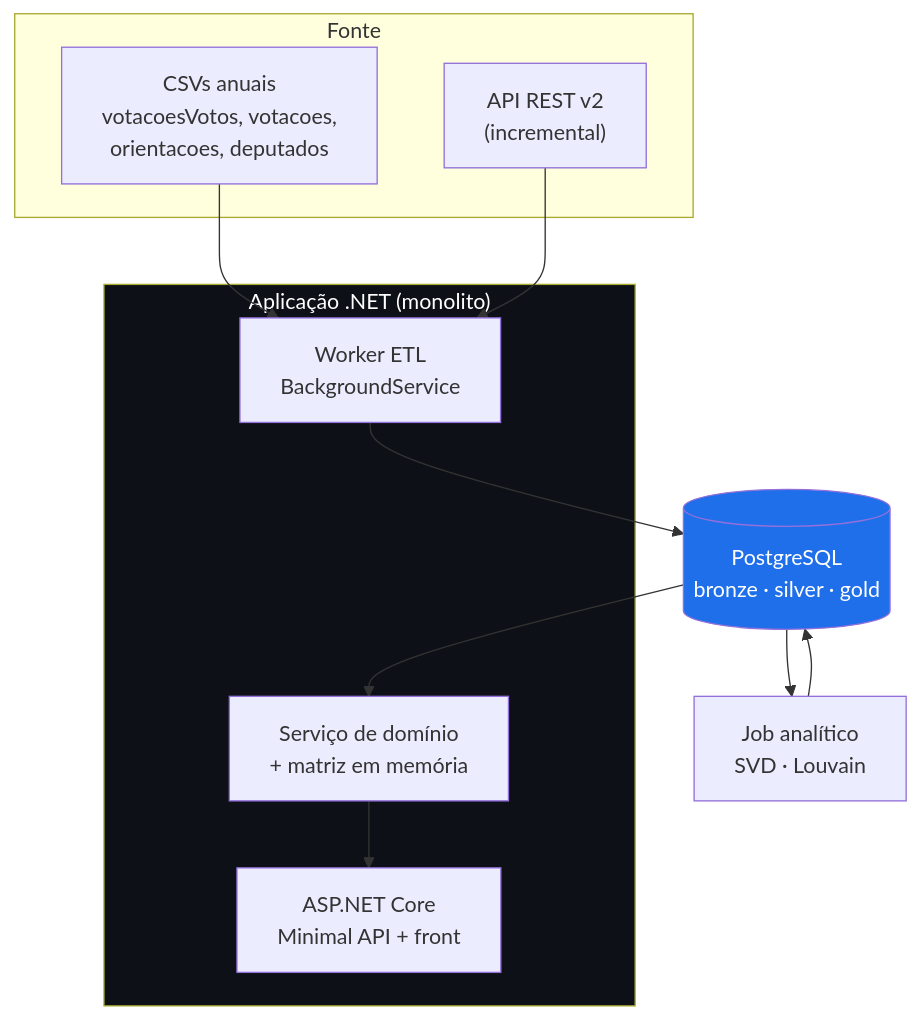
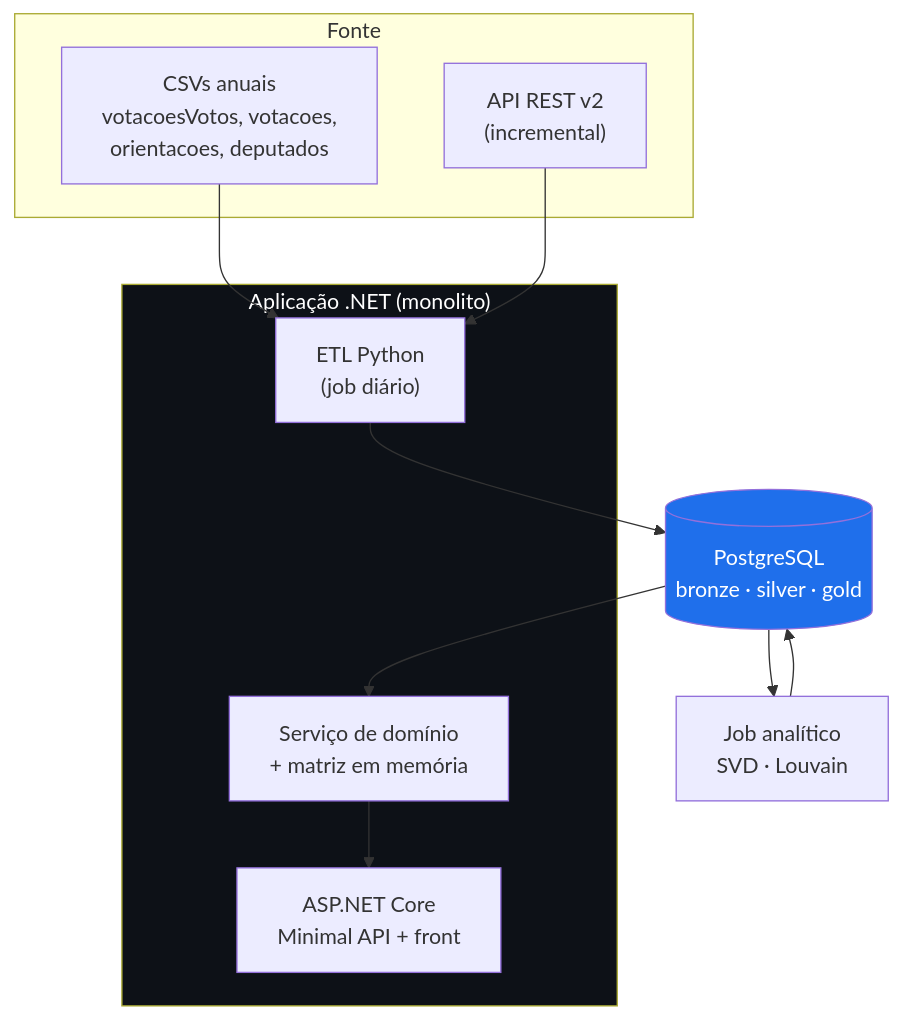
One commit to IgorLucasAssuncao/poligraph changed the diagram in docs/arq/01-cenario-a-so-camara.md. Above: the diagram before and after it, drawn with Mermaid. The commit also changed other lines of this file and 7 other files, not shown here.

````diff
--- a/docs/arq/01-cenario-a-so-camara.md
+++ b/docs/arq/01-cenario-a-so-camara.md
@@ -22,25 +22,25 @@
 ```mermaid
 flowchart TD
     subgraph EXT["Fonte"]
         CSV["CSVs anuais<br/>votacoesVotos, votacoes,<br/>orientacoes, deputados"]
         API["API REST v2<br/>(incremental)"]
     end
 
     subgraph APP["Aplicação .NET (monolito)"]
-        ETL["Worker ETL<br/>BackgroundService"]
+        ETL["ETL Python<br/>(job diário)"]
         SVC["Serviço de domínio<br/>+ matriz em memória"]
         WEB["ASP.NET Core<br/>Minimal API + front"]
     end
 
     PG[("PostgreSQL<br/>bronze · silver · gold")]
     ANL["Job analítico<br/>SVD · Louvain"]
 
     CSV --> ETL
     API --> ETL
     ETL --> PG
     PG --> ANL --> PG
     PG --> SVC --> WEB
 
     style APP fill:#0d1117,color:#fff
     style PG fill:#1f6feb,color:#fff
 ```
````
